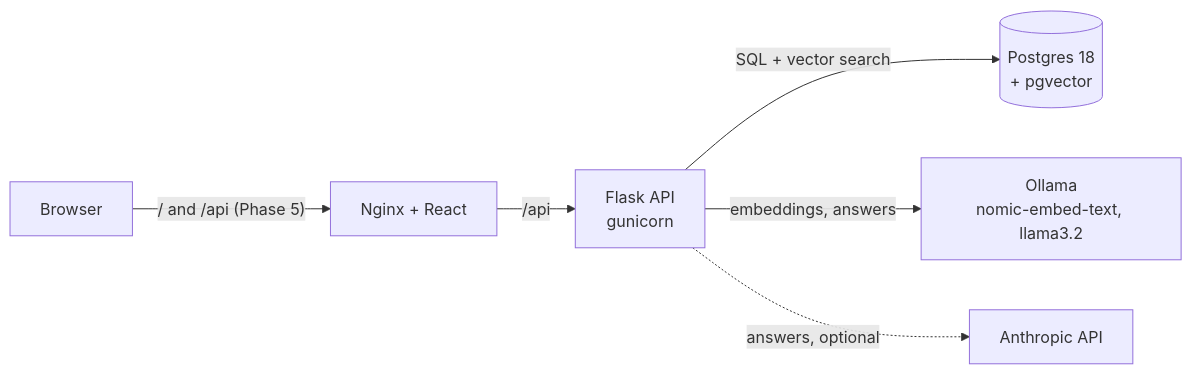
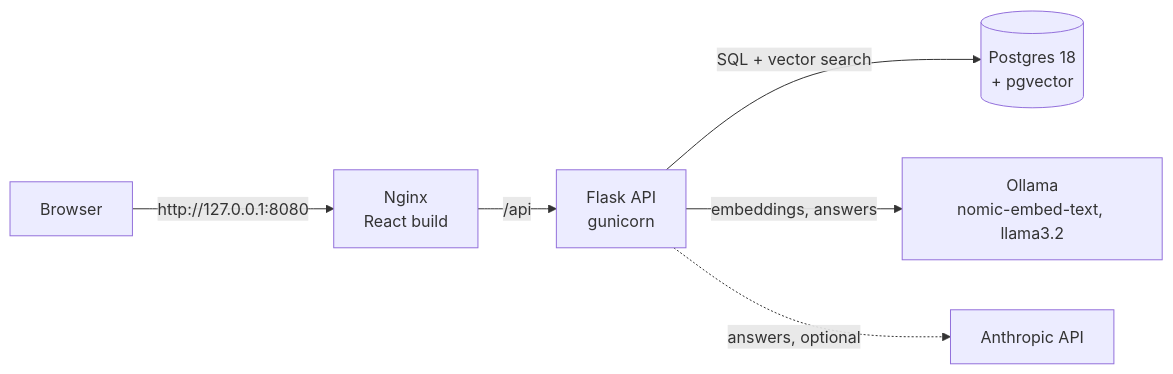
One commit to izzulhbz/PDFLens changed the first of 4 diagrams in README.md. Above: the diagram before and after it, drawn with Mermaid. The commit also changed other lines of this file and 48 other files, not shown here.

````diff
--- a/README.md
+++ b/README.md
@@ -15,8 +15,8 @@
 ```mermaid
 flowchart LR
-    browser[Browser] -->|"/ and /api (Phase 5)"| nginx[Nginx + React]
+    browser[Browser] -->|"http://127.0.0.1:8080"| nginx[Nginx<br/>React build]
     nginx -->|/api| backend[Flask API<br/>gunicorn]
     backend -->|SQL + vector search| pg[(Postgres 18<br/>+ pgvector)]
     backend -->|embeddings, answers| ollama[Ollama<br/>nomic-embed-text, llama3.2]
     backend -.->|answers, optional| anthropic[Anthropic API]
 ```
````
